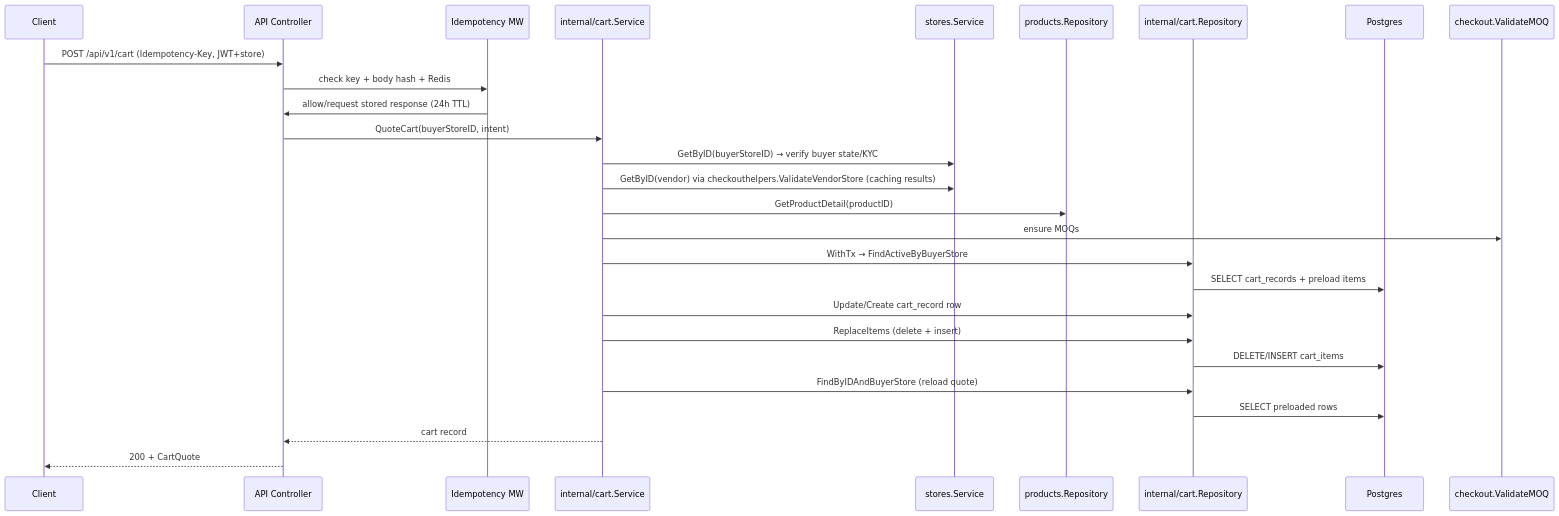
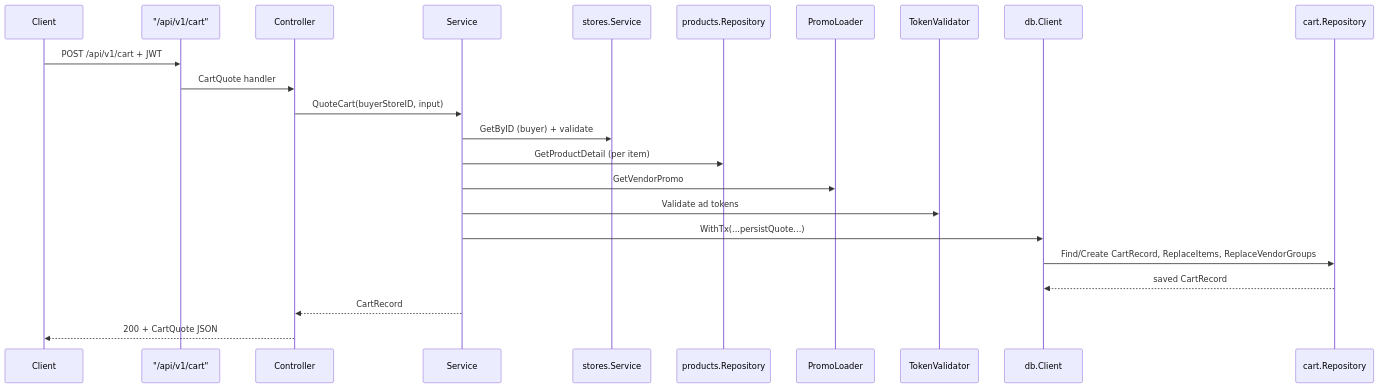
Before and after one commit to mondragon-ai/packfinderz-backend: the first of 2 diagrams in docs/state/CART_state.md, drawn with Mermaid. The commit also changed other lines of this file and 12 other files, not shown here.

Commit message:
[PF-232] & [PF-233]: Tests for auth flow (login, registration, switch & refresh) & product creation

````diff
--- a/docs/state/CART_state.md
+++ b/docs/state/CART_state.md
@@ -156,29 +121,26 @@
 ```mermaid
 sequenceDiagram
   participant Client
-  participant API as API Controller
-  participant Idem as Idempotency MW
-  participant CartSvc as internal/cart.Service
+  participant API as "/api/v1/cart"
+  participant Controller
+  participant Service
   participant StoreSvc as stores.Service
   participant ProductRepo as products.Repository
-  participant CartRepo as internal/cart.Repository
-  participant DB as Postgres
+  participant PromoLoader
+  participant TokenValidator
+  participant TxRunner as db.Client
+  participant Repo as cart.Repository
 
-  Client->>API: POST /api/v1/cart (Idempotency-Key, JWT+store)
-  API->>Idem: check key + body hash + Redis
-  Idem->>API: allow/request stored response (24h TTL)
-  API->>CartSvc: QuoteCart(buyerStoreID, intent)
-  CartSvc->>StoreSvc: GetByID(buyerStoreID) → verify buyer state/KYC
-  CartSvc->>StoreSvc: GetByID(vendor) via checkouthelpers.ValidateVendorStore (caching results)
-  CartSvc->>ProductRepo: GetProductDetail(productID)
-  CartSvc->>checkout.ValidateMOQ: ensure MOQs
-  CartSvc->>CartRepo: WithTx → FindActiveByBuyerStore
-  CartRepo->>DB: SELECT cart_records + preload items
-  CartSvc->>CartRepo: Update/Create cart_record row
-  CartSvc->>CartRepo: ReplaceItems (delete + insert)
-  CartRepo->>DB: DELETE/INSERT cart_items
-  CartSvc->>CartRepo: FindByIDAndBuyerStore (reload quote)
-  CartRepo->>DB: SELECT preloaded rows
-  CartSvc-->>API: cart record
-  API-->>Client: 200 + CartQuote
+  Client->>API: POST /api/v1/cart + JWT
+  API->>Controller: CartQuote handler
+  Controller->>Service: QuoteCart(buyerStoreID, input)
+  Service->>StoreSvc: GetByID (buyer) + validate
+  Service->>ProductRepo: GetProductDetail (per item)
+  Service->>PromoLoader: GetVendorPromo
+  Service->>TokenValidator: Validate ad tokens
+  Service->>TxRunner: WithTx(...persistQuote...)
+  TxRunner->>Repo: Find/Create CartRecord, ReplaceItems, ReplaceVendorGroups
+  Repo-->>TxRunner: saved CartRecord
+  Service-->>Controller: CartRecord
+  Controller-->>Client: 200 + CartQuote JSON
 ```
````
